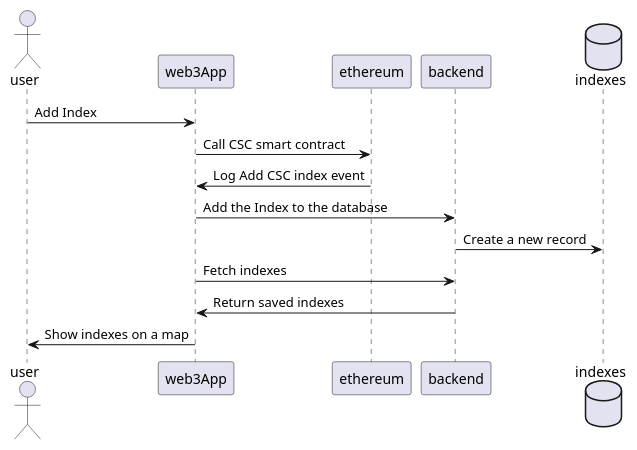
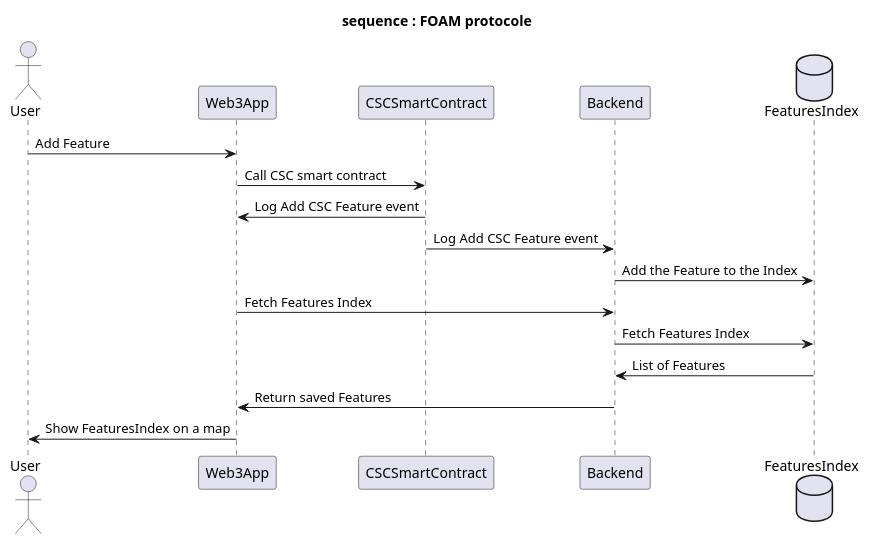
Before and after one commit to enlight-me/decentralized-land-admin: the diagram in docs/diagrams/src/sequence-foam.wsd, drawn with PlantUML. The commit also changed 17 other files, not shown here.

```diff
--- a/docs/diagrams/src/sequence-foam.wsd
+++ b/docs/diagrams/src/sequence-foam.wsd
@@ -1,16 +1,19 @@
-@startuml
-actor user
-participant web3App
-participant ethereum
-participant backend
-database indexes
+@startuml seq-foam
+title sequence : FOAM protocole
+actor User
+participant Web3App
+participant CSCSmartContract
+participant Backend
+database FeaturesIndex
 
-user -> web3App : Add Index
-web3App -> ethereum : Call CSC smart contract
-ethereum -> web3App : Log Add CSC index event
-web3App -> backend : Add the Index to the database
-backend -> indexes : Create a new record
-web3App -> backend : Fetch indexes 
-backend -> web3App : Return saved indexes
-web3App -> user : Show indexes on a map
+User -> Web3App : Add Feature
+Web3App -> CSCSmartContract : Call CSC smart contract
+CSCSmartContract -> Web3App : Log Add CSC Feature event
+CSCSmartContract -> Backend : Log Add CSC Feature event
+Backend -> FeaturesIndex : Add the Feature to the Index
+Web3App -> Backend : Fetch Features Index 
+Backend -> FeaturesIndex : Fetch Features Index 
+FeaturesIndex -> Backend : List of Features 
+Backend -> Web3App : Return saved Features
+Web3App -> User : Show FeaturesIndex on a map
 @enduml
```
